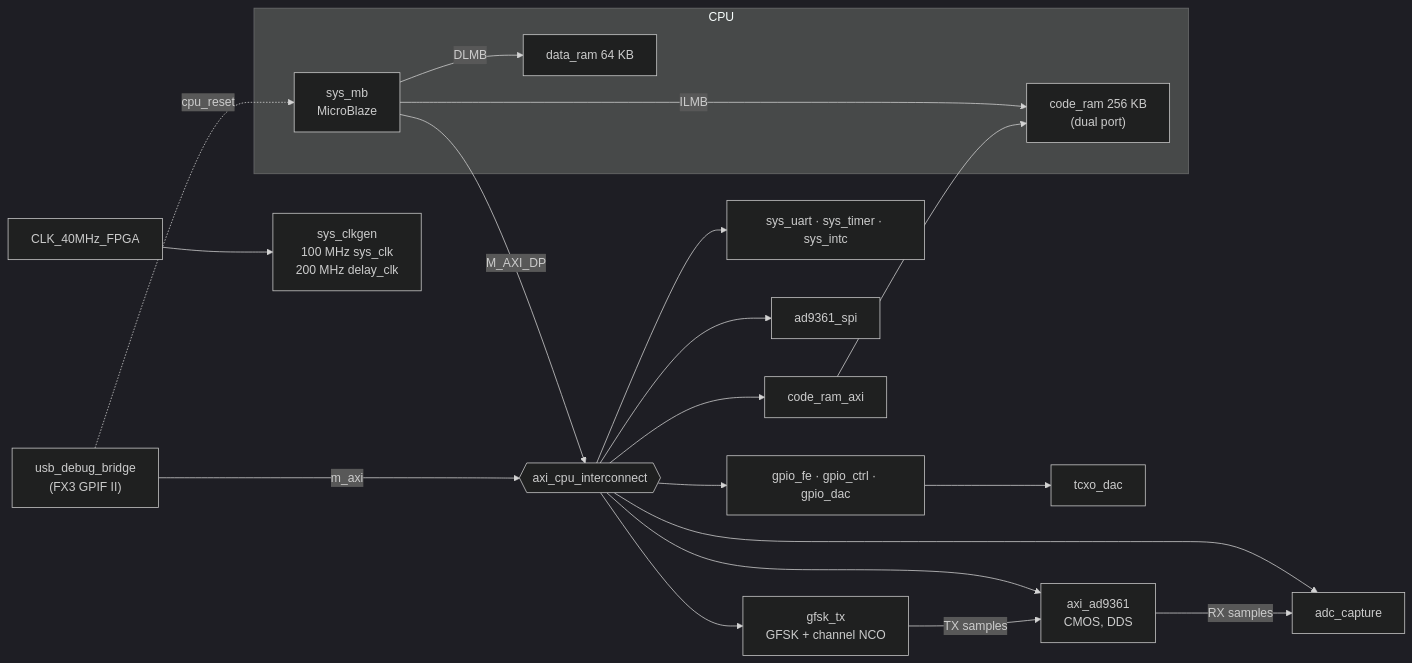
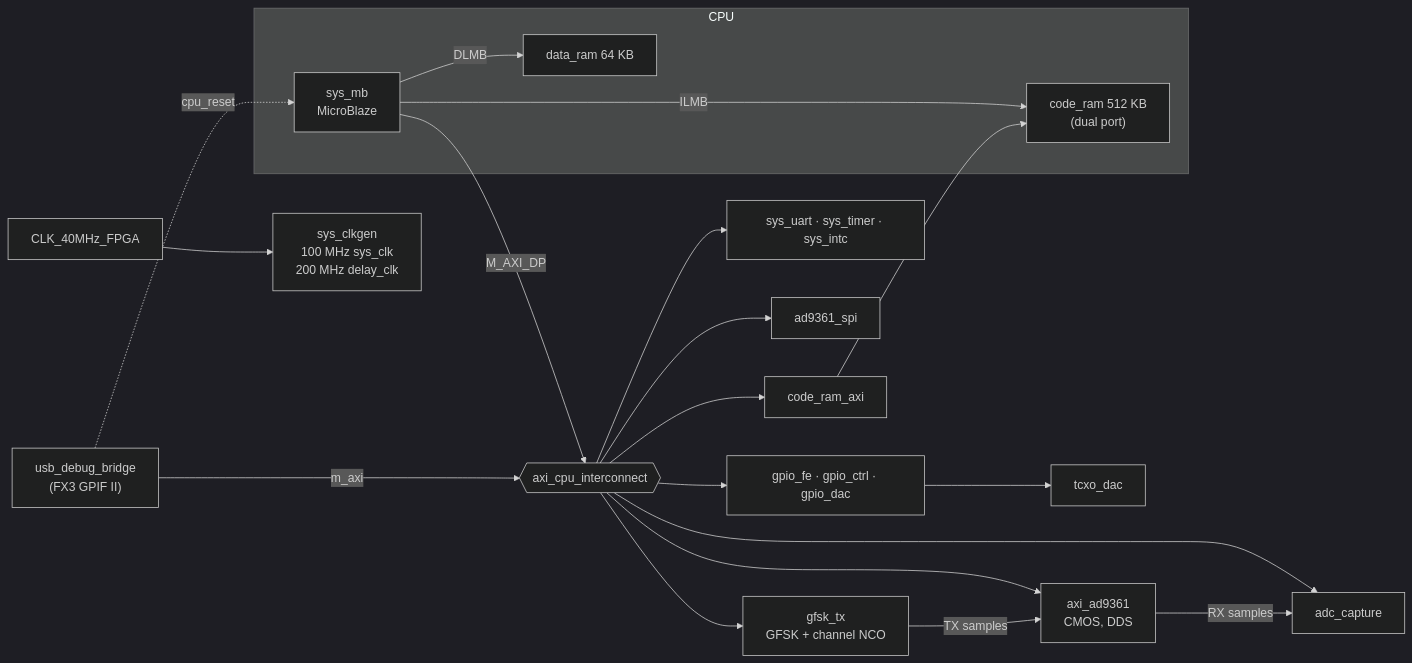
The diagram in docs/architecture.md (mynameisvaro/libresdr-multitx), drawn with Mermaid (dark theme) before and after one commit. The commit also changed other lines of this file and 30 other files, not shown here.

````diff
--- a/docs/architecture.md
+++ b/docs/architecture.md
@@ -10,29 +10,29 @@
 ```mermaid
 flowchart LR
   clk40["CLK_40MHz_FPGA"] --> clkgen["sys_clkgen<br/>100 MHz sys_clk<br/>200 MHz delay_clk"]
 
   subgraph cpu["CPU"]
     mb["sys_mb<br/>MicroBlaze"]
-    code["code_ram 256 KB<br/>(dual port)"]
+    code["code_ram 512 KB<br/>(dual port)"]
     data["data_ram 64 KB"]
     mb -->|ILMB| code
     mb -->|DLMB| data
   end
 
   usb["usb_debug_bridge<br/>(FX3 GPIF II)"]
   ic{{"axi_cpu_interconnect"}}
   mb -->|M_AXI_DP| ic
   usb -->|m_axi| ic
   usb -.->|cpu_reset| mb
 
   ic --> codeaxi["code_ram_axi"] --> code
   ic --> periph["sys_uart · sys_timer · sys_intc"]
   ic --> gpio["gpio_fe · gpio_ctrl · gpio_dac"]
   ic --> spi["ad9361_spi"]
   ic --> ad["axi_ad9361<br/>CMOS, DDS"]
   ic --> cap["adc_capture"]
   ad -->|RX samples| cap
   ic --> gt["gfsk_tx<br/>GFSK + channel NCO"]
   gt -->|TX samples| ad
   gpio --> dac["tcxo_dac"]
 ```
````
